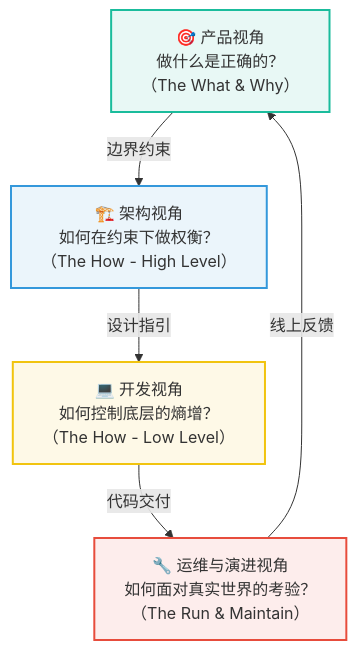
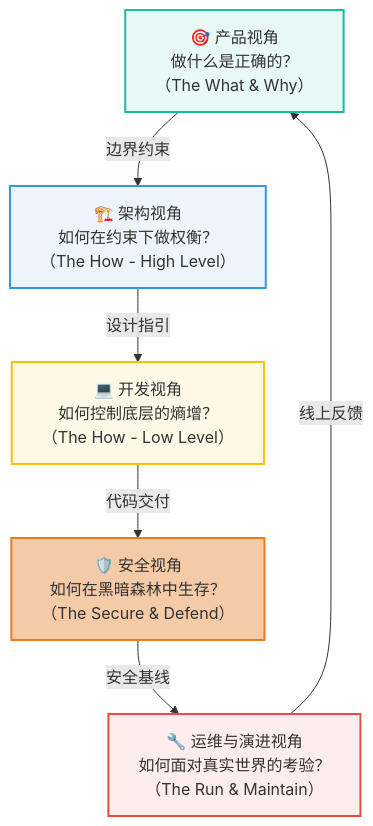
Before and after one commit to BobcGn/BobcGn-Blogs: the second of 17 diagrams in content/开发学习/开发原理、套件/全域架构观：从产品定义到系统演进的决策闭环.md, drawn with Mermaid. The commit also changed other lines of this file and 2 other files, not shown here.

````diff
--- a/content/开发学习/开发原理、套件/全域架构观：从产品定义到系统演进的决策闭环.md
+++ b/content/开发学习/开发原理、套件/全域架构观：从产品定义到系统演进的决策闭环.md
@@ -55,17 +55,20 @@
 ```mermaid
 flowchart TD
     P["🎯 产品视角<br/>做什么是正确的？<br/>（The What & Why）"]
     A["🏗️ 架构视角<br/>如何在约束下做权衡？<br/>（The How - High Level）"]
     D["💻 开发视角<br/>如何控制底层的熵增？<br/>（The How - Low Level）"]
+    S["🛡️ 安全视角<br/>如何在黑暗森林中生存？<br/>（The Secure & Defend）"]
     O["🔧 运维与演进视角<br/>如何面对真实世界的考验？<br/>（The Run & Maintain）"]
 
     P -->|"边界约束"| A
     A -->|"设计指引"| D
-    D -->|"代码交付"| O
+    D -->|"代码交付"| S
+    S -->|"安全基线"| O
     O -->|"线上反馈"| P
 
     style P fill:#e8f8f5,stroke:#1abc9c,stroke-width:2px
     style A fill:#ebf5fb,stroke:#3498db,stroke-width:2px
     style D fill:#fef9e7,stroke:#f1c40f,stroke-width:2px
+    style S fill:#f5cba7,stroke:#e67e22,stroke-width:2px
     style O fill:#fdedec,stroke:#e74c3c,stroke-width:2px
 ```
````
